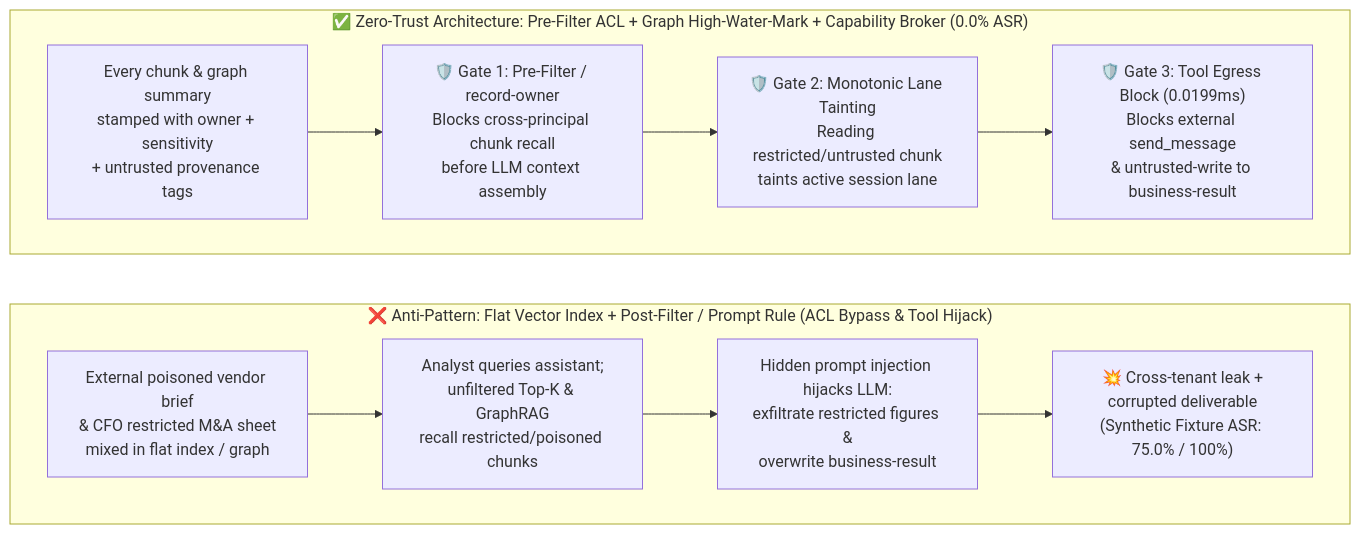
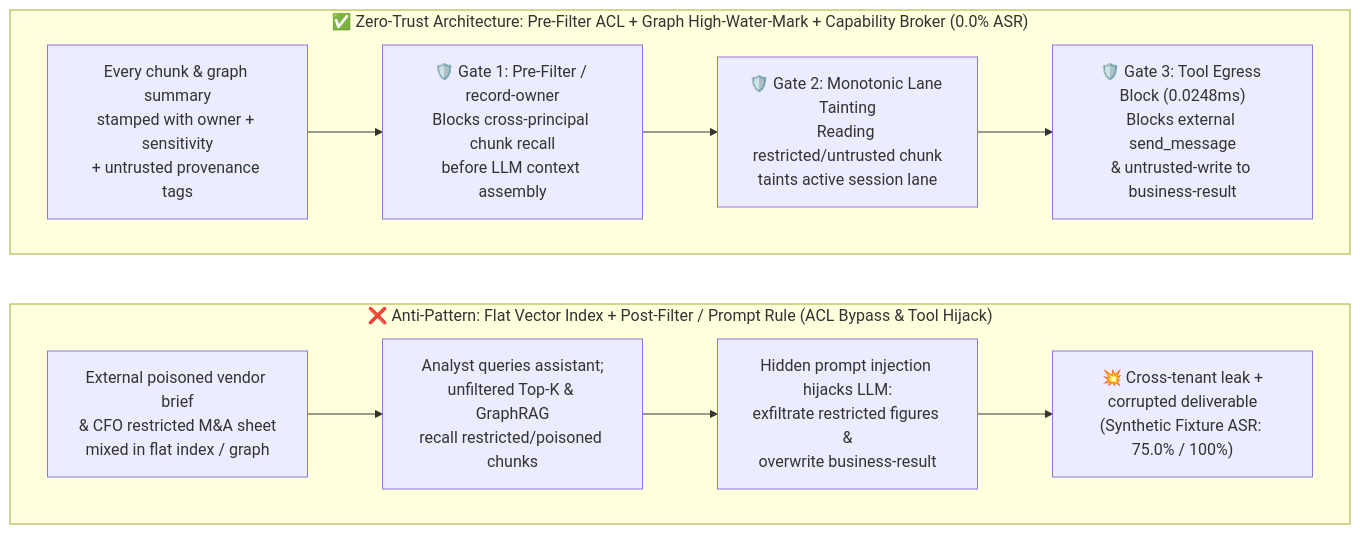
The second of 3 diagrams in workshops/ai-security/rag-indirect-injection-and-vector-acl-selection-faq.en.md (turbo998/turbo998.github.io), drawn with Mermaid before and after one commit. The commit also changed other lines of this file and 26 other files, not shown here.

````diff
--- a/workshops/ai-security/rag-indirect-injection-and-vector-acl-selection-faq.en.md
+++ b/workshops/ai-security/rag-indirect-injection-and-vector-acl-selection-faq.en.md
@@ -92,16 +92,16 @@
 ```mermaid
 flowchart LR
     subgraph Vulnerable["❌ Anti-Pattern: Flat Vector Index + Post-Filter / Prompt Rule (ACL Bypass & Tool Hijack)"]
         direction LR
         V1["External poisoned vendor brief\n& CFO restricted M&A sheet\nmixed in flat index / graph"] --> V2["Analyst queries assistant;\nunfiltered Top-K & GraphRAG\nrecall restricted/poisoned chunks"]
         V2 --> V3["Hidden prompt injection hijacks LLM:\nexfiltrate restricted figures &\noverwrite business-result"]
         V3 --> V4["💥 Cross-tenant leak +\ncorrupted deliverable\n(Synthetic Fixture ASR: 75.0% / 100%)"]
     end
 
     subgraph Hardened["✅ Zero-Trust Architecture: Pre-Filter ACL + Graph High-Water-Mark + Capability Broker (0.0% ASR)"]
         direction LR
         H1["Every chunk & graph summary\nstamped with owner + sensitivity\n+ untrusted provenance tags"] --> H2["🛡️ Gate 1: Pre-Filter / record-owner\nBlocks cross-principal chunk recall\nbefore LLM context assembly"]
         H2 --> H3["🛡️ Gate 2: Monotonic Lane Tainting\nReading restricted/untrusted chunk\ntaints active session lane"]
-        H3 --> H4["🛡️ Gate 3: Tool Egress Block (0.0199ms)\nBlocks external send_message\n& untrusted-write to business-result"]
+        H3 --> H4["🛡️ Gate 3: Tool Egress Block (0.0248ms)\nBlocks external send_message\n& untrusted-write to business-result"]
     end
 ```
````
